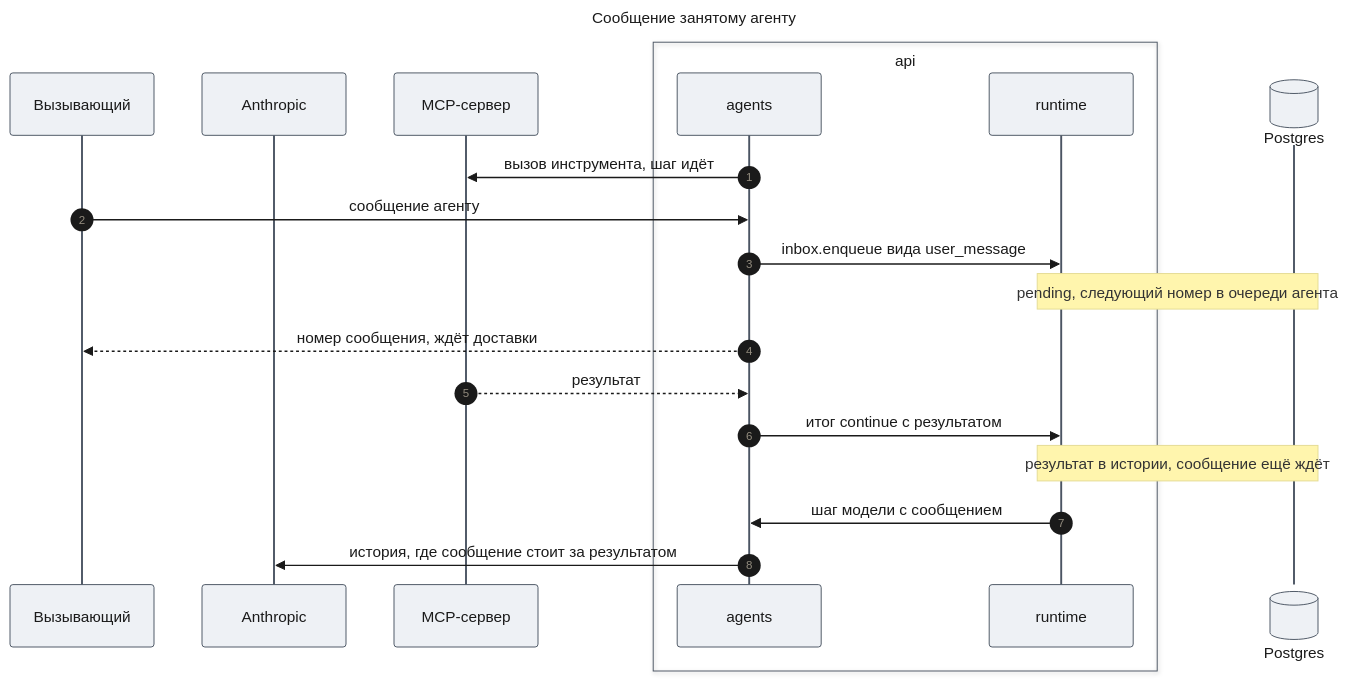
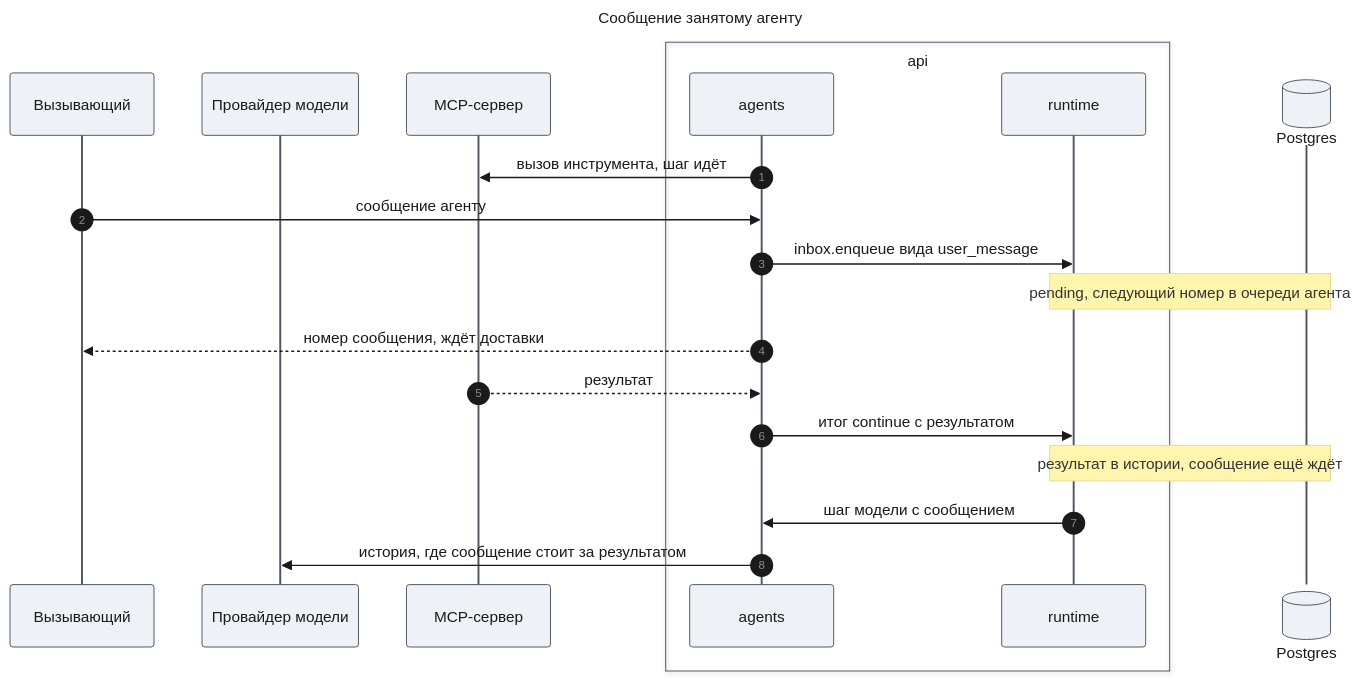
One commit to tundraray/agent-os changed the sixth of 12 diagrams in docs/features/agent-platform/design-agents.md. Above: the diagram before and after it, drawn with Mermaid. The commit also changed other lines of this file and 420 other files, not shown here.

````diff
--- a/docs/features/agent-platform/design-agents.md
+++ b/docs/features/agent-platform/design-agents.md
@@ -446,44 +450,44 @@
 ```mermaid
 ---
 title: "Сообщение занятому агенту"
 config:
   theme: base
   look: classic
   themeVariables:
     primaryColor: "#eef1f5"
     primaryBorderColor: "#4b5563"
     primaryTextColor: "#1a1a1a"
     lineColor: "#6b7280"
   themeCSS: |
     @keyframes lit_ga3{0%,11.25%{stroke:#991b1b;stroke-width:6px}12.5%,100%{stroke:#37474f;stroke-width:2px}}
     @keyframes litr_ga3{0%,11.25%{stroke:#1d4ed8;stroke-width:6px}12.5%,100%{stroke:#37474f;stroke-width:2px}}
     .messageLine0[data-id='i1'],.messageLine1[data-id='i1']{animation:lit_ga3 9.6s linear 0s infinite}
     .messageLine0[data-id='i2'],.messageLine1[data-id='i2']{animation:lit_ga3 9.6s linear 1.2s infinite}
     .messageLine0[data-id='i3'],.messageLine1[data-id='i3']{animation:lit_ga3 9.6s linear 2.4s infinite}
     .messageLine0[data-id='i5'],.messageLine1[data-id='i5']{animation:litr_ga3 9.6s linear 3.6s infinite}
     .messageLine0[data-id='i6'],.messageLine1[data-id='i6']{animation:litr_ga3 9.6s linear 4.8s infinite}
     .messageLine0[data-id='i7'],.messageLine1[data-id='i7']{animation:lit_ga3 9.6s linear 6s infinite}
     .messageLine0[data-id='i9'],.messageLine1[data-id='i9']{animation:litr_ga3 9.6s linear 7.2s infinite}
     .messageLine0[data-id='i10'],.messageLine1[data-id='i10']{animation:lit_ga3 9.6s linear 8.4s infinite}
 ---
 sequenceDiagram
     autonumber
     participant C as Вызывающий
-    participant M as Anthropic
+    participant M as Провайдер модели
     participant X as MCP-сервер
     box api
     participant AG as agents
     participant RT as runtime
     end
     participant DB@{ "type": "database" } as Postgres
     AG->>X: вызов инструмента, шаг идёт
     C->>AG: сообщение агенту
     AG->>RT: inbox.enqueue вида user_message
     Note over RT,DB: pending, следующий номер в очереди агента
     AG-->>C: номер сообщения, ждёт доставки
     X-->>AG: результат
     AG->>RT: итог continue с результатом
     Note over RT,DB: результат в истории, сообщение ещё ждёт
     RT->>AG: шаг модели с сообщением
     AG->>M: история, где сообщение стоит за результатом
 ```
````
